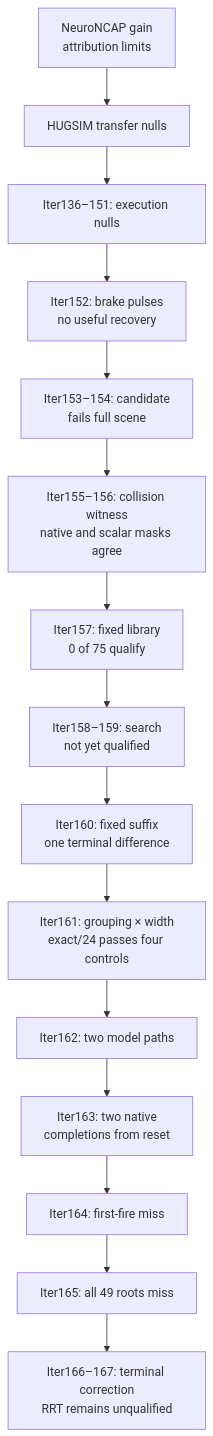
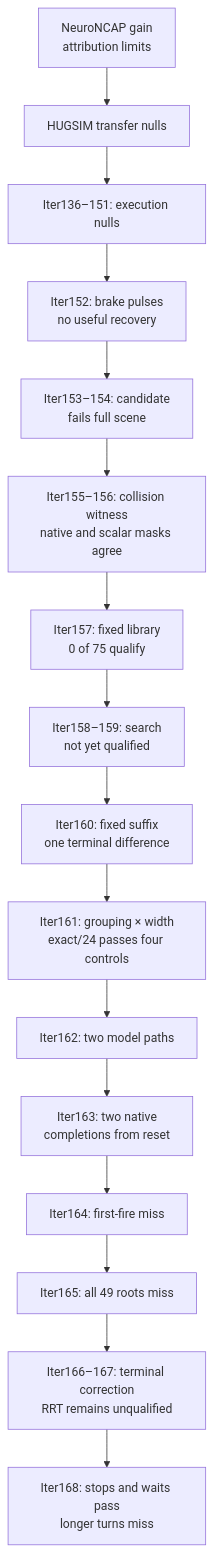
Before and after one commit to manfromnowhere143/sentinel: the second of 3 diagrams in README.md, drawn with Mermaid. The commit also changed other lines of this file and 16 other files, not shown here.

````diff
--- a/README.md
+++ b/README.md
@@ -228,19 +228,20 @@
 ```mermaid
 flowchart TB
   accTitle: How the evidence changed the question
   accDescr: Reset completion leads to first-fire search and failed planner qualification.
   N["NeuroNCAP gain<br/>attribution limits"] --> T["HUGSIM transfer nulls"]
   T --> E["Iter136–151: execution nulls"]
   E --> P["Iter152: brake pulses<br/>no useful recovery"]
   P --> M["Iter153–154: candidate<br/>fails full scene"]
   M --> W["Iter155–156: collision witness<br/>native and scalar masks agree"]
   W --> L["Iter157: fixed library<br/>0 of 75 qualify"]
   L --> A["Iter158–159: search<br/>not yet qualified"]
   A --> K["Iter160: fixed suffix<br/>one terminal difference"]
   K --> G["Iter161: grouping × width<br/>exact/24 passes four controls"]
   G --> S["Iter162: two model paths"]
   S --> V["Iter163: two native<br/>completions from reset"]
   V --> B["Iter164: first-fire miss"]
   B --> D["Iter165: all 49 roots miss"]
   D --> R["Iter166–167: terminal correction<br/>RRT remains unqualified"]
+  R --> J["Iter168: stops and waits pass<br/>longer turns miss"]
 ```
````
